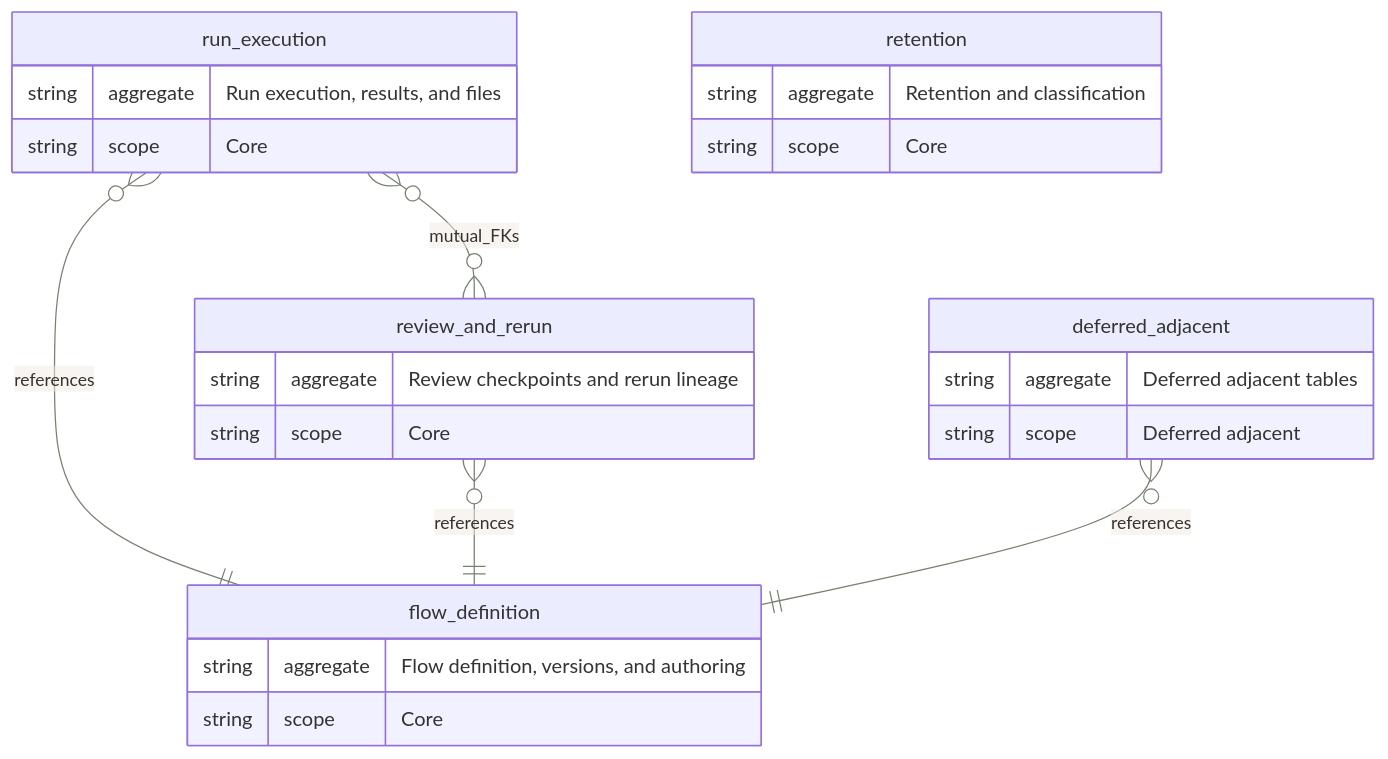
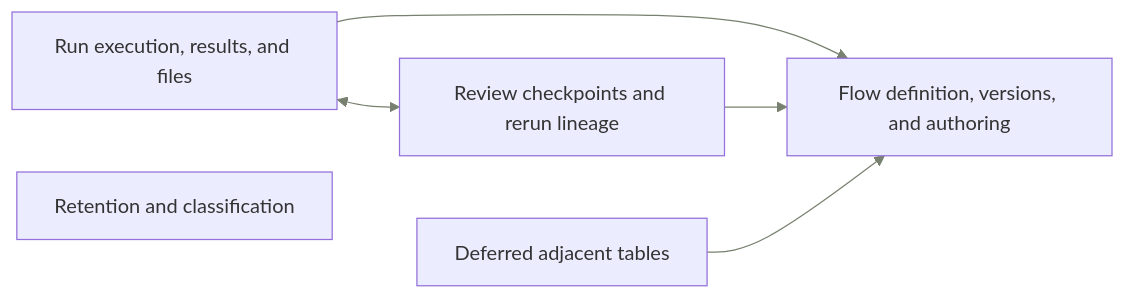
The first of 7 diagrams in frontend/apps/docs-site/src/content/docs/flows-for-developers/data-schema.mdx (eneo-ai/eneo), drawn with Mermaid before and after one commit. The commit also changed other lines of this file and 7 other files, not shown here.

First line of the commit message:
Make the Flows developer docs readable

````diff
--- a/frontend/apps/docs-site/src/content/docs/flows-for-developers/data-schema.mdx
+++ b/frontend/apps/docs-site/src/content/docs/flows-for-developers/data-schema.mdx
@@ -17,28 +20,13 @@
 ```mermaid
 %%{init: {"themeVariables": {"background": "#f8f6f0", "primaryColor": "#e8ded1", "primaryTextColor": "#242620", "primaryBorderColor": "#6f7b5d", "secondaryColor": "#d7e0d2", "tertiaryColor": "#f1ece4", "lineColor": "#78816f", "edgeLabelBackground": "#f8f6f0", "clusterBkg": "#f4efe7", "clusterBorder": "#9a8a73", "fontFamily": "Inter, ui-sans-serif, system-ui, sans-serif"}}}%%
-erDiagram
-  flow_definition {
-    string aggregate "Flow definition, versions, and authoring"
-    string scope "Core"
-  }
-  run_execution {
-    string aggregate "Run execution, results, and files"
-    string scope "Core"
-  }
-  review_and_rerun {
-    string aggregate "Review checkpoints and rerun lineage"
-    string scope "Core"
-  }
-  retention {
-    string aggregate "Retention and classification"
-    string scope "Core"
-  }
-  deferred_adjacent {
-    string aggregate "Deferred adjacent tables"
-    string scope "Deferred adjacent"
-  }
-  run_execution }o--|| flow_definition : references
-  run_execution }o--o{ review_and_rerun : mutual_FKs
-  review_and_rerun }o--|| flow_definition : references
-  deferred_adjacent }o--|| flow_definition : references
+flowchart LR
+  flow_definition["Flow definition, versions, and authoring"]
+  run_execution["Run execution, results, and files"]
+  review_and_rerun["Review checkpoints and rerun lineage"]
+  retention["Retention and classification"]
+  deferred_adjacent["Deferred adjacent tables"]
+  run_execution --> flow_definition
+  run_execution <--> review_and_rerun
+  review_and_rerun --> flow_definition
+  deferred_adjacent --> flow_definition
 ```
````
